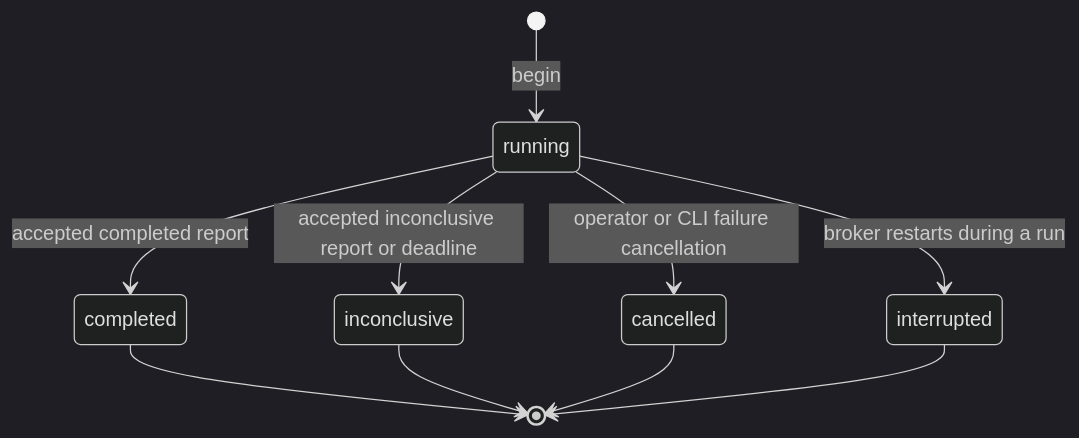
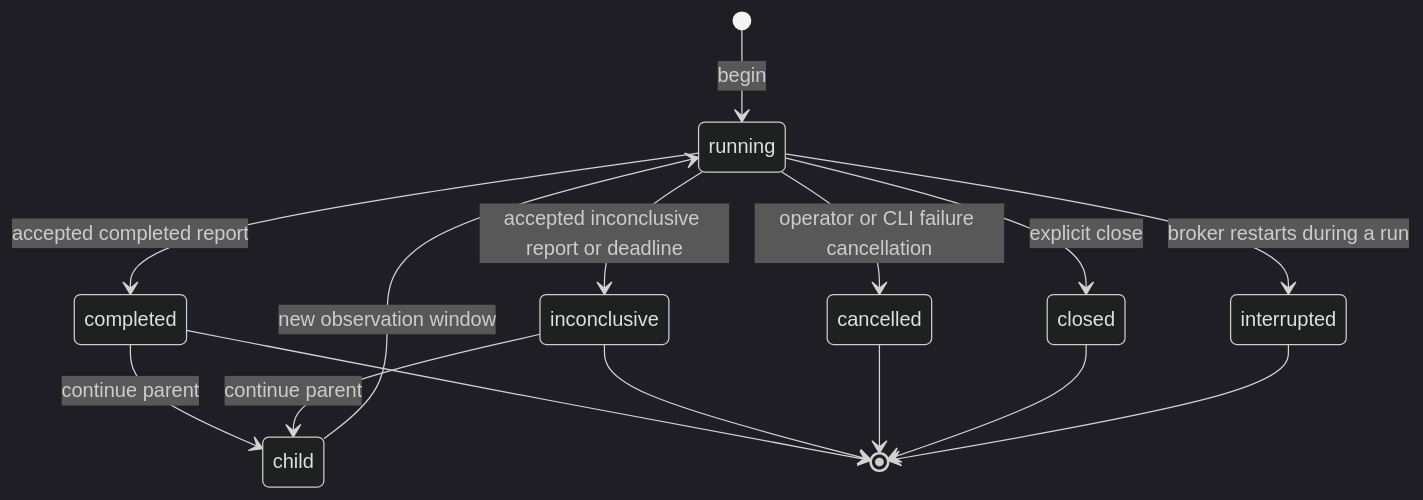
The ninth of 11 diagrams in docs/architecture-tour.md (Qingyu255/Linux-Oncall-Agent), drawn with Mermaid (dark theme) before and after one commit. The commit also changed other lines of this file and 15 other files, not shown here.

````diff
--- a/docs/architecture-tour.md
+++ b/docs/architecture-tour.md
@@ -421,12 +421,17 @@
 ```mermaid
 stateDiagram-v2
     [*] --> running: begin
     running --> completed: accepted completed report
     running --> inconclusive: accepted inconclusive report or deadline
     running --> cancelled: operator or CLI failure cancellation
+    running --> closed: explicit close
     running --> interrupted: broker restarts during a run
+    completed --> child: continue parent
+    inconclusive --> child: continue parent
+    child --> running: new observation window
     completed --> [*]
     inconclusive --> [*]
     cancelled --> [*]
+    closed --> [*]
     interrupted --> [*]
 ```
````
